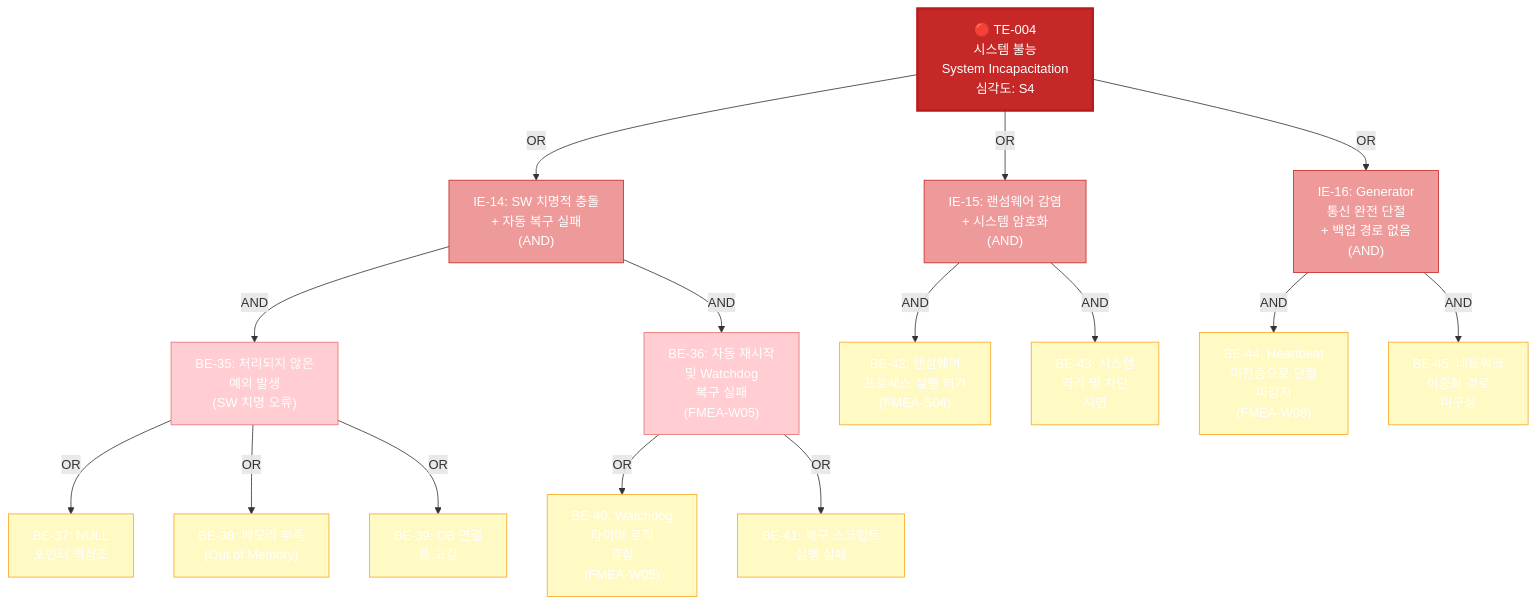
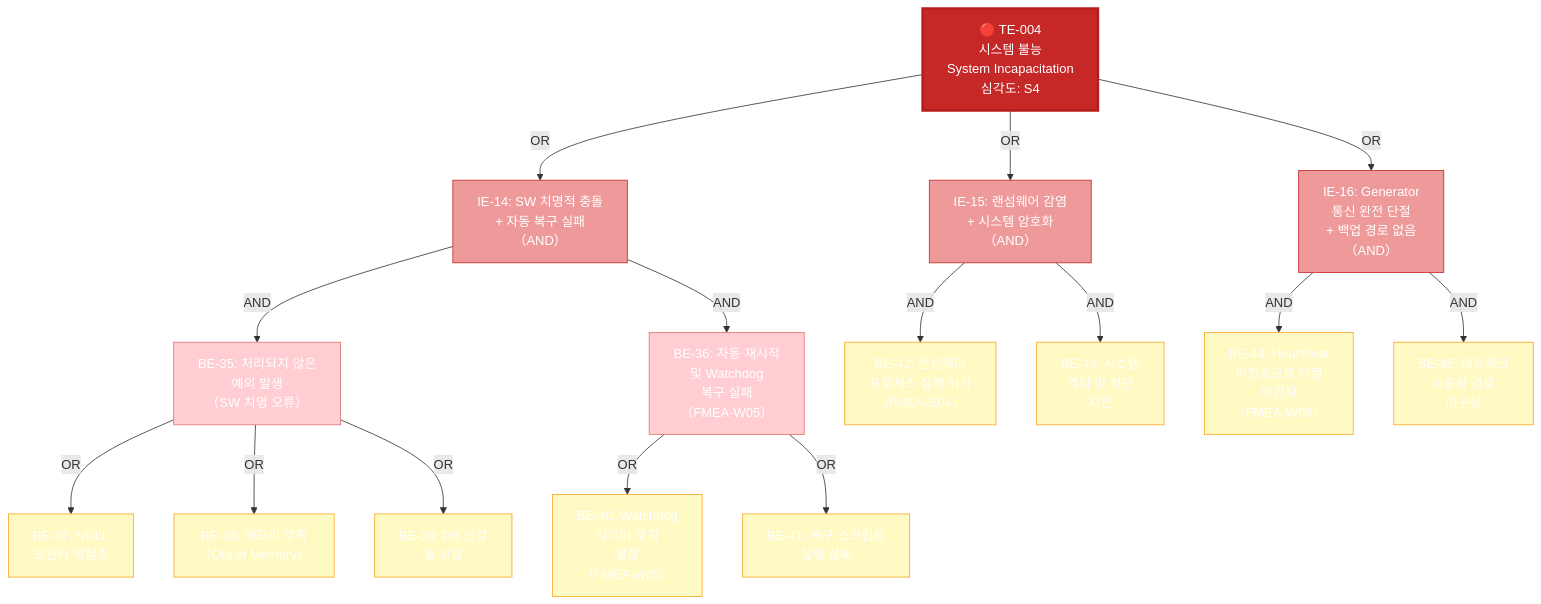
Before and after one commit to holee9/console-gui: the sixth of 11 diagrams in docs/risk/DOC-009_FMEA_v1.0.md, drawn with Mermaid. The commit also changed other lines of this file and 22 other files, not shown here.

First line of the commit message:
fix: Mermaid flowchart 노드 내 괄호 파싱 오류 전면 수정

````diff
--- a/docs/risk/DOC-009_FMEA_v1.0.md
+++ b/docs/risk/DOC-009_FMEA_v1.0.md
@@ -543,45 +543,45 @@
 ```mermaid
 graph TD
     classDef default fill:#444,stroke:#666,color:#fff
     TE4["🔴 TE-004\n시스템 불능\nSystem Incapacitation\n심각도: S4"]
 
     TE4 -- OR --> IE14
     TE4 -- OR --> IE15
     TE4 -- OR --> IE16
 
-    IE14["IE-14: SW 치명적 충돌\n+ 자동 복구 실패\n(AND)"]
-    IE15["IE-15: 랜섬웨어 감염\n+ 시스템 암호화\n(AND)"]
-    IE16["IE-16: Generator\n통신 완전 단절\n+ 백업 경로 없음\n(AND)"]
+    IE14["IE-14: SW 치명적 충돌\n+ 자동 복구 실패\n（AND）"]
+    IE15["IE-15: 랜섬웨어 감염\n+ 시스템 암호화\n（AND）"]
+    IE16["IE-16: Generator\n통신 완전 단절\n+ 백업 경로 없음\n（AND）"]
 
-    IE14 -- AND --> BE35["BE-35: 처리되지 않은\n예외 발생\n(SW 치명 오류)"]
-    IE14 -- AND --> BE36["BE-36: 자동 재시작\n및 Watchdog\n복구 실패\n(FMEA-W05)"]
+    IE14 -- AND --> BE35["BE-35: 처리되지 않은\n예외 발생\n（SW 치명 오류）"]
+    IE14 -- AND --> BE36["BE-36: 자동 재시작\n및 Watchdog\n복구 실패\n（FMEA-W05）"]
 
     BE35 -- OR --> BE37["BE-37: NULL\n포인터 역참조"]
-    BE35 -- OR --> BE38["BE-38: 메모리 부족\n(Out of Memory)"]
+    BE35 -- OR --> BE38["BE-38: 메모리 부족\n（Out of Memory）"]
     BE35 -- OR --> BE39["BE-39: DB 연결\n풀 고갈"]
 
-    BE36 -- OR --> BE40["BE-40: Watchdog\n타이머 로직\n결함\n(FMEA-W05)"]
+    BE36 -- OR --> BE40["BE-40: Watchdog\n타이머 로직\n결함\n（FMEA-W05）"]
     BE36 -- OR --> BE41["BE-41: 복구 스크립트\n실행 실패"]
 
-    IE15 -- AND --> BE42["BE-42: 랜섬웨어\n프로세스 실행 허가\n(FMEA-S04)"]
+    IE15 -- AND --> BE42["BE-42: 랜섬웨어\n프로세스 실행 허가\n（FMEA-S04）"]
     IE15 -- AND --> BE43["BE-43: 시스템\n격리 및 차단\n지연"]
 
-    IE16 -- AND --> BE44["BE-44: Heartbeat\n미전송으로 단절\n미감지\n(FMEA-W08)"]
+    IE16 -- AND --> BE44["BE-44: Heartbeat\n미전송으로 단절\n미감지\n（FMEA-W08）"]
     IE16 -- AND --> BE45["BE-45: 네트워크\n이중화 경로\n미구성"]
 
     style TE4 fill:#c62828,color:#ffffff,stroke:#b71c1c,stroke-width:3px
     style IE14 fill:#ef9a9a,stroke:#c62828
     style IE15 fill:#ef9a9a,stroke:#c62828
     style IE16 fill:#ef9a9a,stroke:#c62828
     style BE35 fill:#ffcdd2,stroke:#e57373
     style BE36 fill:#ffcdd2,stroke:#e57373
     style BE37 fill:#fff9c4,stroke:#f9a825
     style BE38 fill:#fff9c4,stroke:#f9a825
     style BE39 fill:#fff9c4,stroke:#f9a825
     style BE40 fill:#fff9c4,stroke:#f9a825
     style BE41 fill:#fff9c4,stroke:#f9a825
     style BE42 fill:#fff9c4,stroke:#f9a825
     style BE43 fill:#fff9c4,stroke:#f9a825
     style BE44 fill:#fff9c4,stroke:#f9a825
     style BE45 fill:#fff9c4,stroke:#f9a825
 ```
````
